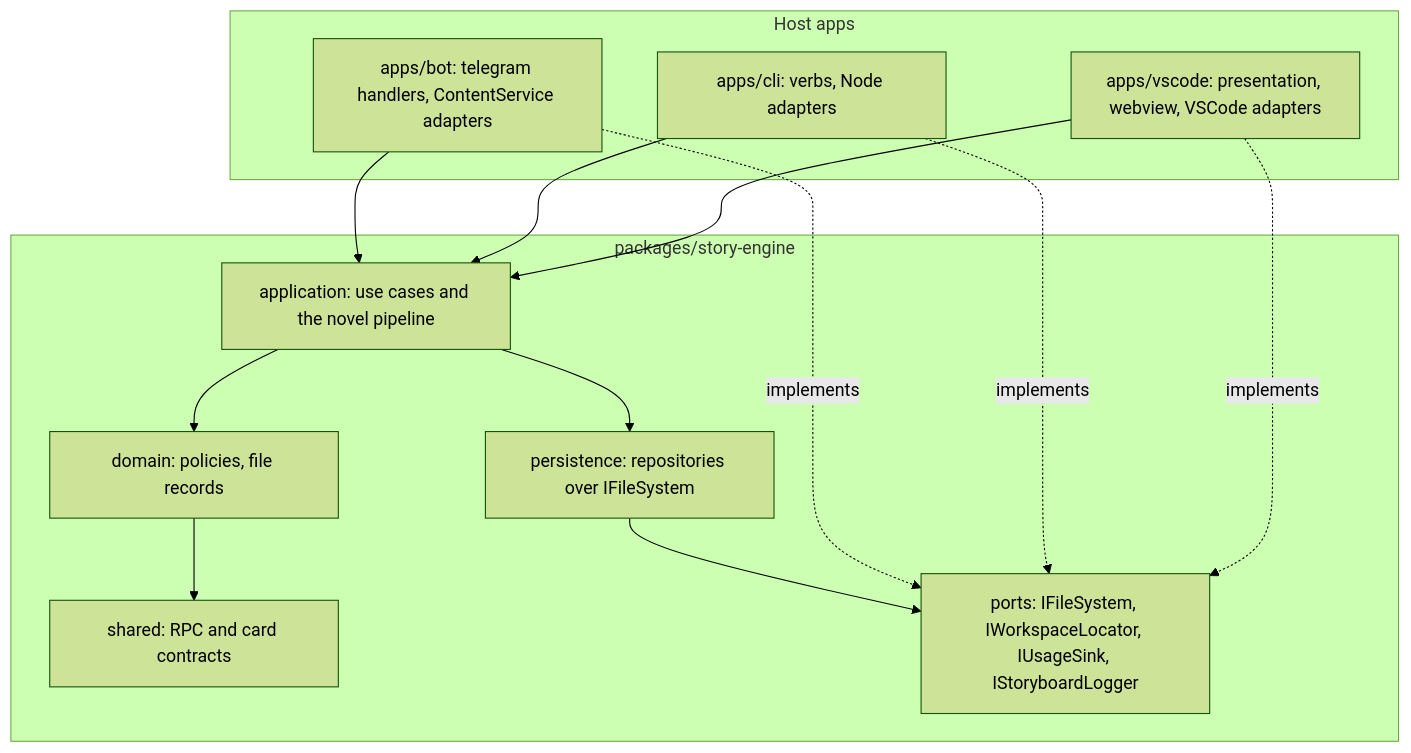
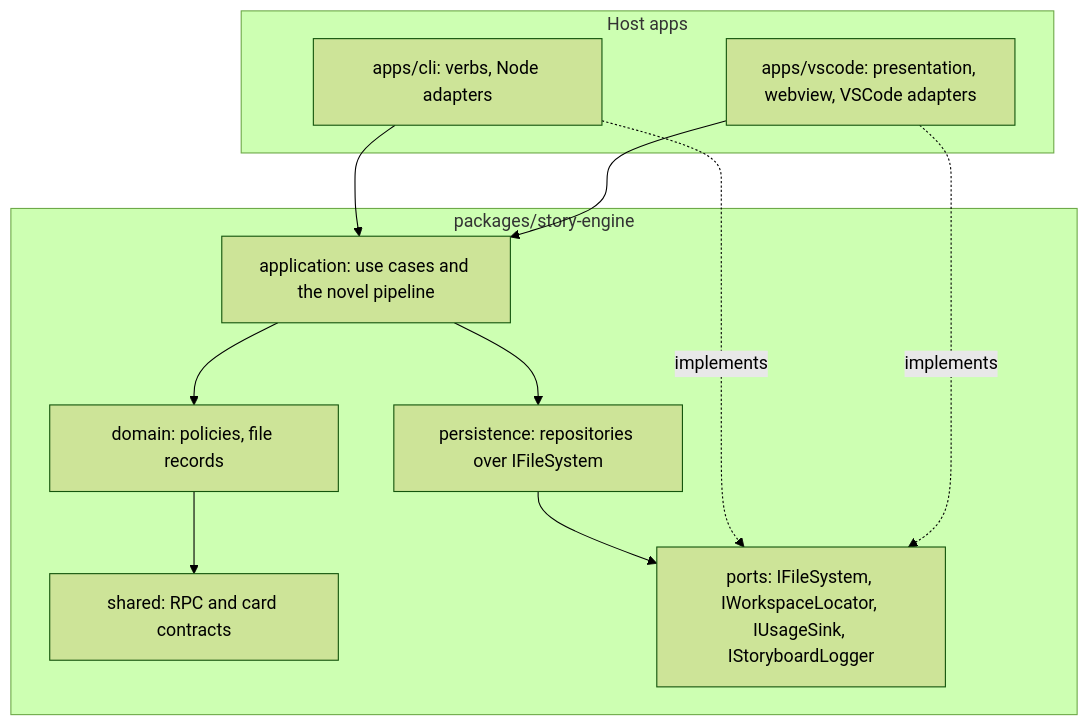
The diagram in .claude/rules/storyboard-overview.md (maroomir/storyboard), drawn with Mermaid (forest theme) before and after one commit. The commit also changed other lines of this file and 26 other files, not shown here.

First line of the commit message:
docs: Drop the Telegram bot from rules and guides

````diff
--- a/.claude/rules/storyboard-overview.md
+++ b/.claude/rules/storyboard-overview.md
@@ -35,27 +34,24 @@
 ```mermaid
 graph TB
     subgraph Engine[packages/story-engine]
         Application[application: use cases and the novel pipeline]
         Persistence[persistence: repositories over IFileSystem]
         Domain[domain: policies, file records]
         SharedContracts[shared: RPC and card contracts]
         Ports[ports: IFileSystem, IWorkspaceLocator, IUsageSink, IStoryboardLogger]
     end
 
     subgraph Apps[Host apps]
         VscodeApp[apps/vscode: presentation, webview, VSCode adapters]
         CliApp[apps/cli: verbs, Node adapters]
-        BotApp[apps/bot: telegram handlers, ContentService adapters]
     end
 
     VscodeApp --> Application
     CliApp --> Application
-    BotApp --> Application
     VscodeApp -.implements.-> Ports
     CliApp -.implements.-> Ports
-    BotApp -.implements.-> Ports
     Application --> Persistence
     Application --> Domain
     Persistence --> Ports
     Domain --> SharedContracts
 ```
````
